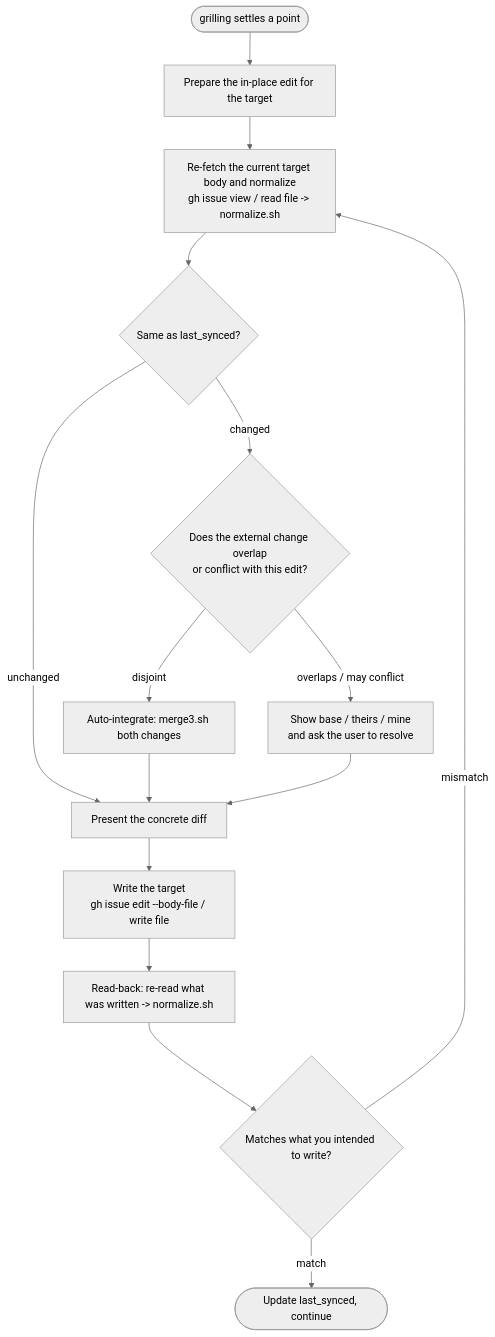
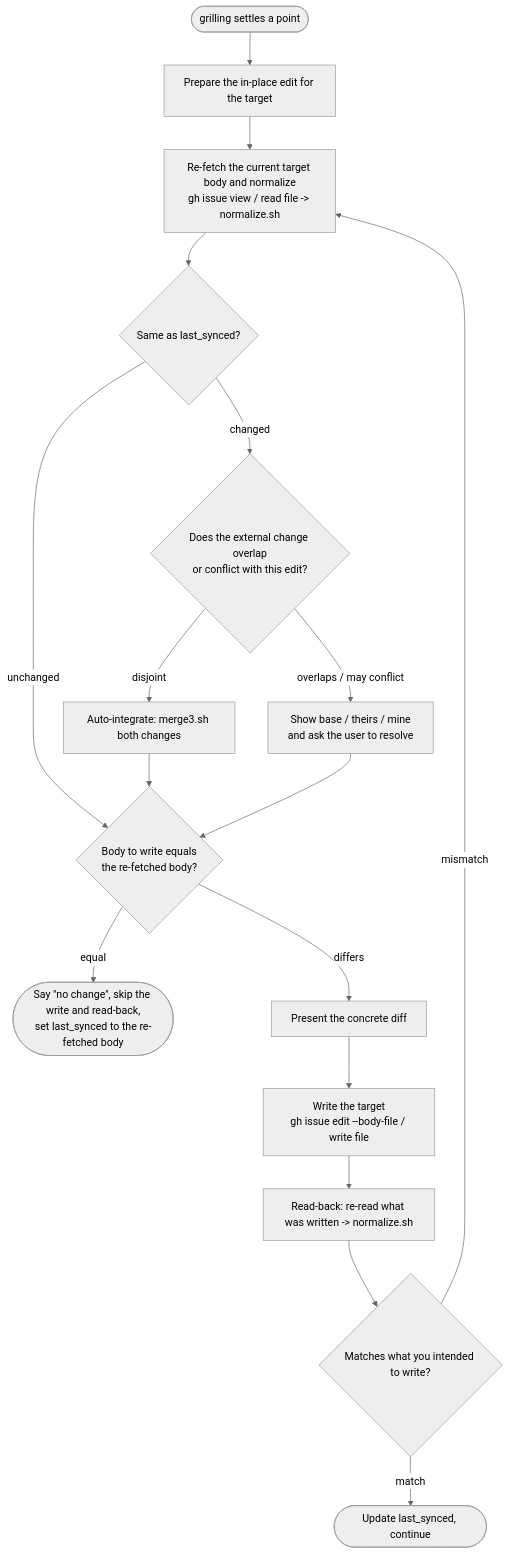
Before and after one commit to gipcompany/skills: the diagram in skills/kabeuchi/references/conflict-resolution.md, drawn with Mermaid (neutral theme). The commit also changed other lines of this file and 6 other files, not shown here.

````diff
--- a/skills/kabeuchi/references/conflict-resolution.md
+++ b/skills/kabeuchi/references/conflict-resolution.md
@@ -40,17 +41,19 @@
 ```mermaid
 flowchart TD
     A([grilling settles a point]) --> B[Prepare the in-place edit for the target]
     B --> C[Re-fetch the current target body and normalize<br/>gh issue view / read file -> normalize.sh]
     C --> D{Same as last_synced?}
-    D -- unchanged --> P[Present the concrete diff]
+    D -- unchanged --> N{Body to write equals<br/>the re-fetched body?}
     D -- changed --> O{Does the external change overlap<br/>or conflict with this edit?}
     O -- disjoint --> AM[Auto-integrate: merge3.sh both changes]
-    AM --> P
+    AM --> N
     O -- overlaps / may conflict --> H[Show base / theirs / mine<br/>and ask the user to resolve]
-    H --> P
+    H --> N
+    N -- equal --> K(["Say #quot;no change#quot;, skip the write and read-back,<br/>set last_synced to the re-fetched body"])
+    N -- differs --> P[Present the concrete diff]
     P --> W[Write the target<br/>gh issue edit --body-file / write file]
     W --> V[Read-back: re-read what was written -> normalize.sh]
     V --> Q{Matches what you intended to write?}
     Q -- match --> S([Update last_synced, continue])
     Q -- mismatch --> C
 ```
````
